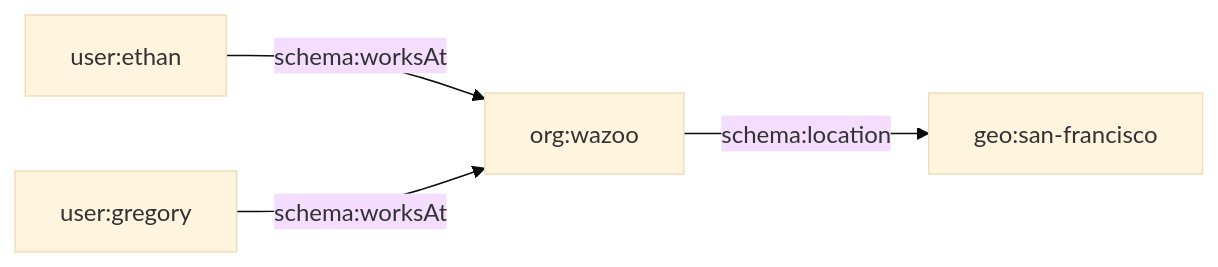
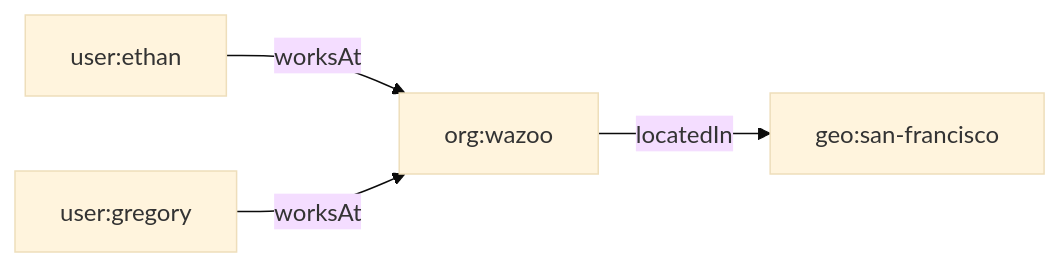
The sixth of 6 diagrams in packages/docs/worlds/index.mdx (wazootech/worlds), drawn with Mermaid (base theme) before and after one commit. The commit also changed other lines of this file and 1 other file, not shown here.

Commit message:
docs: Revert index.mdx to standard progression model and restore diagrams

````diff
--- a/packages/docs/worlds/index.mdx
+++ b/packages/docs/worlds/index.mdx
@@ -135,6 +139,6 @@
 ```mermaid
 graph LR
-    E[user:ethan] -->|schema:worksAt| W[org:wazoo]
-    G[user:gregory] -->|schema:worksAt| W
-    W -->|schema:location| S[geo:san-francisco]
+    E["user:ethan"] -->|worksAt| W["org:wazoo"]
+    G["user:gregory"] -->|worksAt| W
+    W -->|locatedIn| S["geo:san-francisco"]
 ```
````
